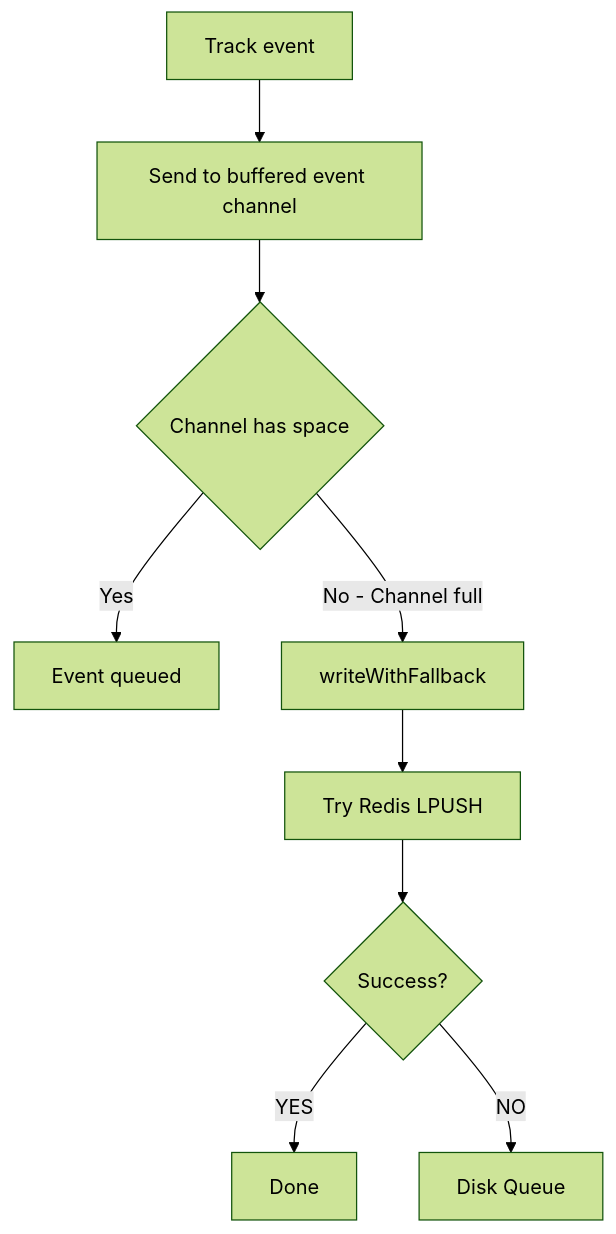
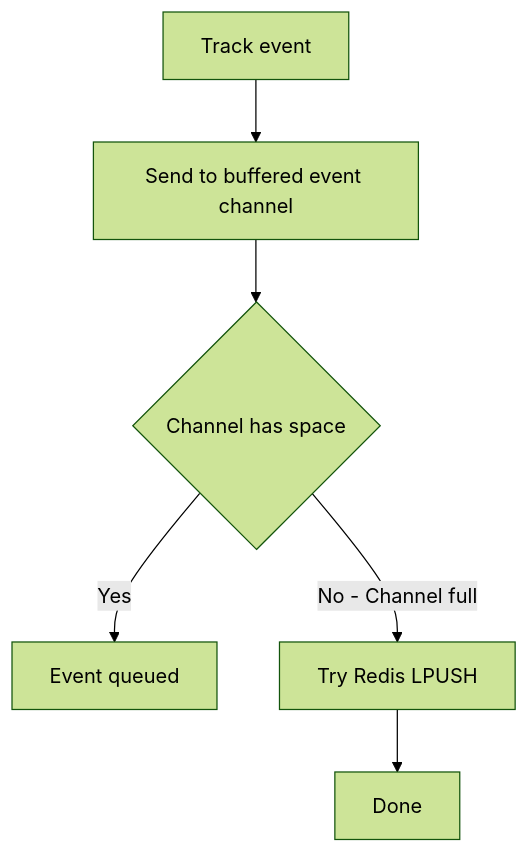
One commit to radch-ai/ava changed the first of 2 diagrams in docs/llm-proxy/usage.md. Above: the diagram before and after it, drawn with Mermaid (forest theme). The commit also changed other lines of this file and 4 other files, not shown here.

First line of the commit message:
refactor(usage): remove disk queue fallback

````diff
--- a/docs/llm-proxy/usage.md
+++ b/docs/llm-proxy/usage.md
@@ -11,11 +11,8 @@
 ```mermaid
 flowchart TB
     Start["Track event"] --> Channel["Send to buffered event channel"]
     Channel --> HasSpace{Channel has space}
     HasSpace -->|Yes| Enqueued["Event queued"]
-    HasSpace -->|No - Channel full| Fallback["writeWithFallback"]
-    Fallback --> RedisLPUSH["Try Redis LPUSH"]
-    RedisLPUSH --> Success{Success?}
-    Success -->|YES| Done["Done"]
-    Success -->|NO| DiskQueue["Disk Queue"]
+    HasSpace -->|No - Channel full| RedisLPUSH["Try Redis LPUSH"]
+    RedisLPUSH --> Done["Done"]
 ```
````
